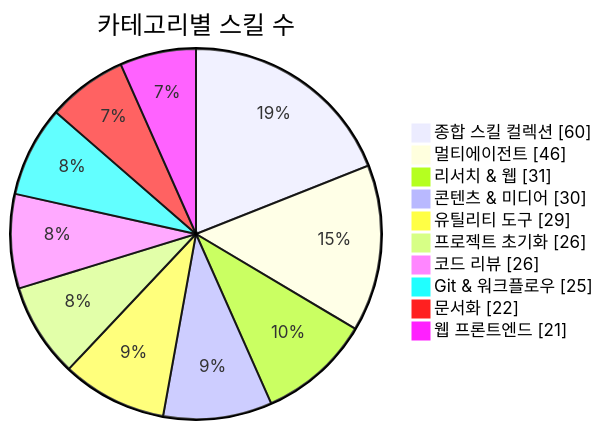
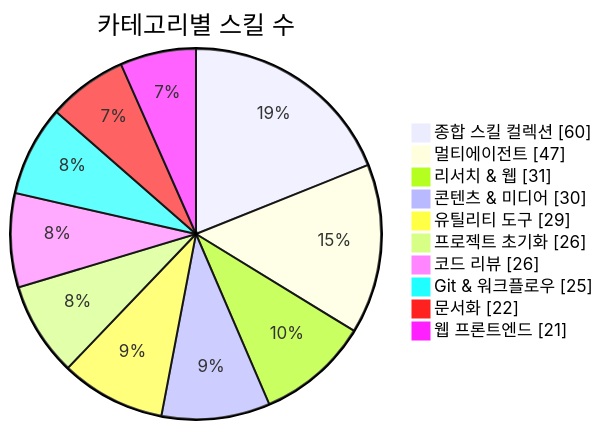
Before and after one commit to J-nowcow/awesome-korean-agent-skills: the first of 3 diagrams in README.md, drawn with Mermaid. The commit also changed other lines of this file and 4 other files, not shown here.

````diff
--- a/README.md
+++ b/README.md
@@ -176,14 +176,14 @@
 ```mermaid
 pie showData
     title 카테고리별 스킬 수
     "종합 스킬 컬렉션" : 60
-    "멀티에이전트" : 46
+    "멀티에이전트" : 47
     "리서치 & 웹" : 31
     "콘텐츠 & 미디어" : 30
     "유틸리티 도구" : 29
     "프로젝트 초기화" : 26
     "코드 리뷰" : 26
     "Git & 워크플로우" : 25
     "문서화" : 22
     "웹 프론트엔드" : 21
 ```
````
